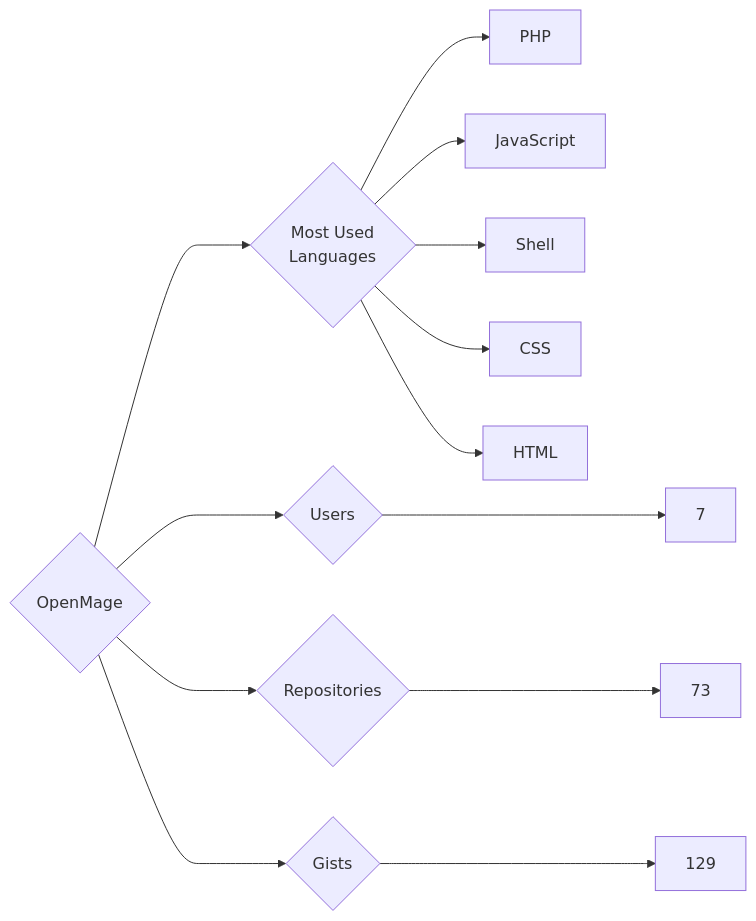
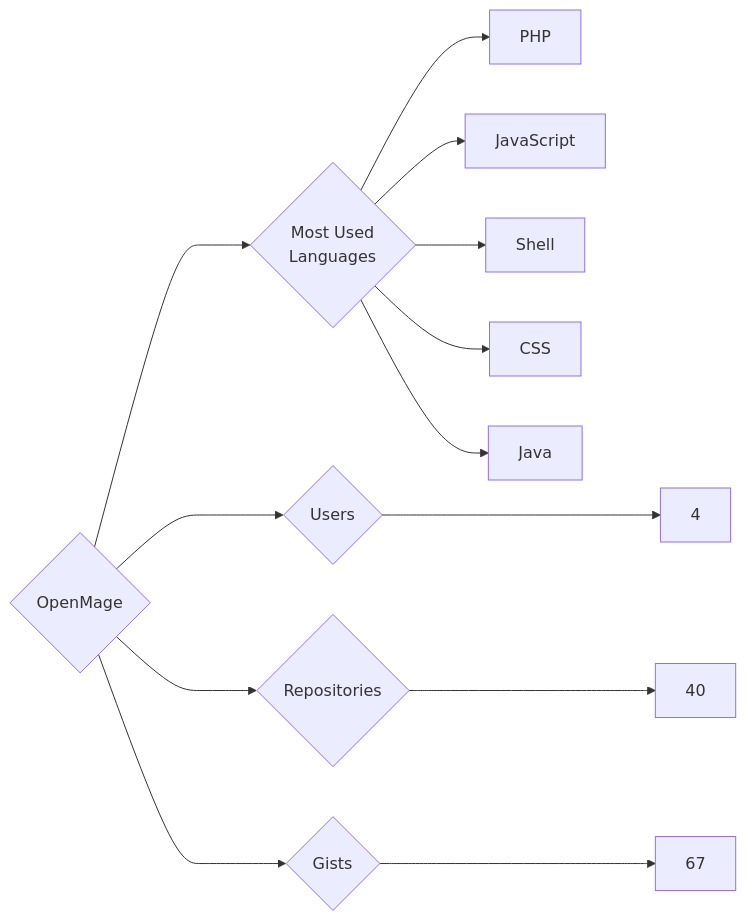
Before and after one commit to trickest/insiders: the diagram in targets/OpenMage/README.md, drawn with Mermaid. The commit also changed 1496 other files, not shown here.

````diff
--- a/targets/OpenMage/README.md
+++ b/targets/OpenMage/README.md
@@ -3,13 +3,13 @@
 ```mermaid
 graph LR
 COMPANY_NAME{OpenMage}
-COMPANY_NAME ---> U{Users} ---> UN[7]
-COMPANY_NAME ---> R{Repositories} ---> RN[73]
-COMPANY_NAME ---> G{Gists} ---> GN[129]
+COMPANY_NAME ---> U{Users} ---> UN[4]
+COMPANY_NAME ---> R{Repositories} ---> RN[40]
+COMPANY_NAME ---> G{Gists} ---> GN[67]
 COMPANY_NAME ---> ML{Most Used<br>Languages}
 ML --> PHP[PHP]
 ML --> JavaScript[JavaScript]
 ML --> Shell[Shell]
 ML --> CSS[CSS]
-ML --> HTML[HTML]
+ML --> Java[Java]
 ```
````
